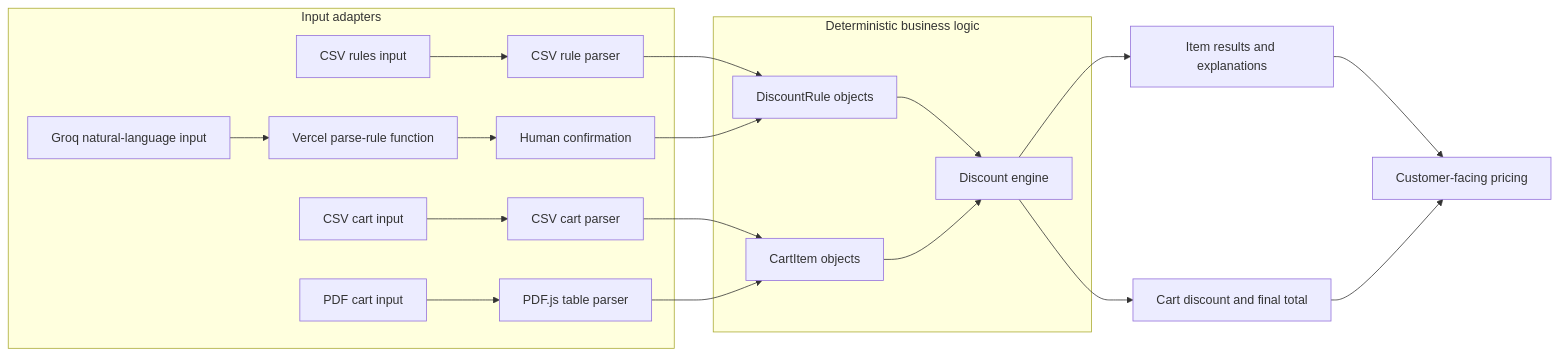
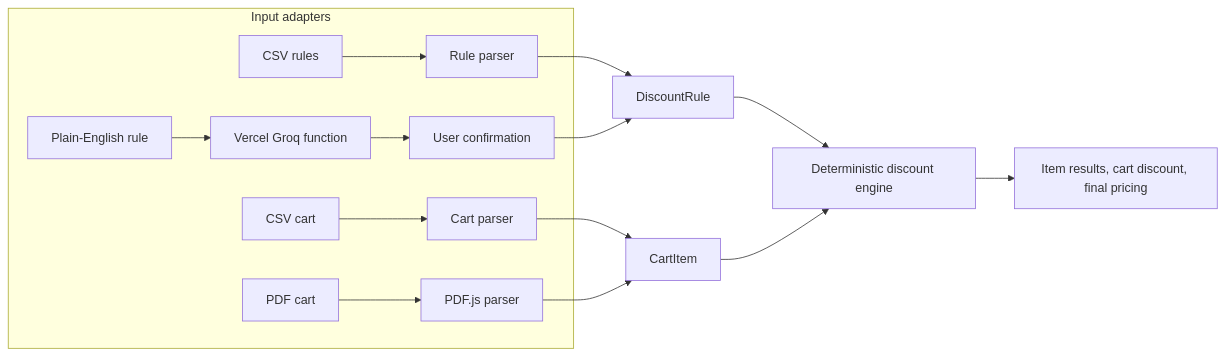
The diagram in README.md (mayurg1/discount-engine-assignment), drawn with Mermaid before and after one commit. The commit also changed other lines of this file and 3 other files, not shown here.

````diff
--- a/README.md
+++ b/README.md
@@ -55,25 +87,18 @@
 ```mermaid
 flowchart LR
   subgraph Input adapters
-    RulesCSV[CSV rules input] --> RulesParser[CSV rule parser]
-    CartCSV[CSV cart input] --> CartParser[CSV cart parser]
-    CartPDF[PDF cart input] --> PDFParser[PDF.js table parser]
-    NaturalLanguage[Groq natural-language input] --> API[Vercel parse-rule function]
-    API --> Confirm[Human confirmation]
+    CSVRules[CSV rules] --> RuleParser[Rule parser]
+    CSVCart[CSV cart] --> CartParser[Cart parser]
+    PDFCart[PDF cart] --> PDFParser[PDF.js parser]
+    PlainEnglish[Plain-English rule] --> API[Vercel Groq function]
+    API --> Confirm[User confirmation]
   end
 
-  RulesParser --> Rules[DiscountRule objects]
+  RuleParser --> Rules[DiscountRule]
   Confirm --> Rules
-  CartParser --> Items[CartItem objects]
+  CartParser --> Items[CartItem]
   PDFParser --> Items
-
-  subgraph Deterministic business logic
-    Rules --> Engine[Discount engine]
-    Items --> Engine
-  end
-
-  Engine --> ItemResults[Item results and explanations]
-  Engine --> CartResults[Cart discount and final total]
-  ItemResults --> Pricing[Customer-facing pricing]
-  CartResults --> Pricing
+  Rules --> Engine[Deterministic discount engine]
+  Items --> Engine
+  Engine --> Results[Item results, cart discount, final pricing]
 ```
````
